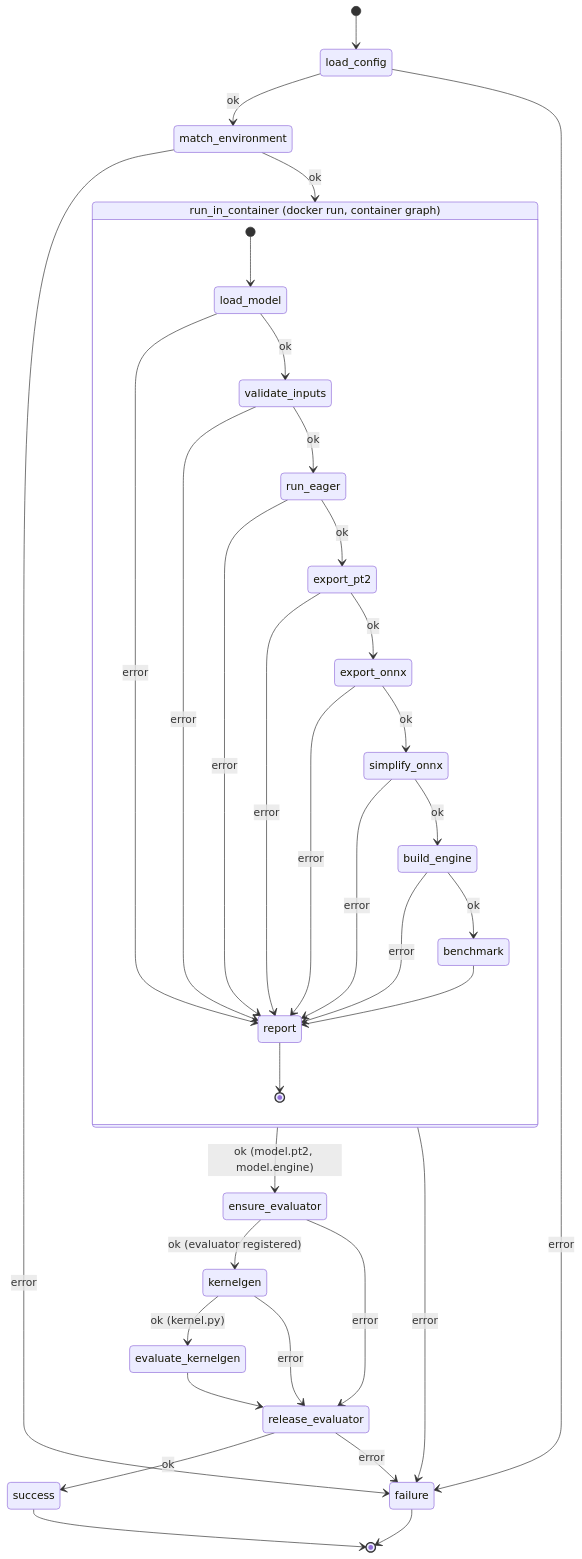
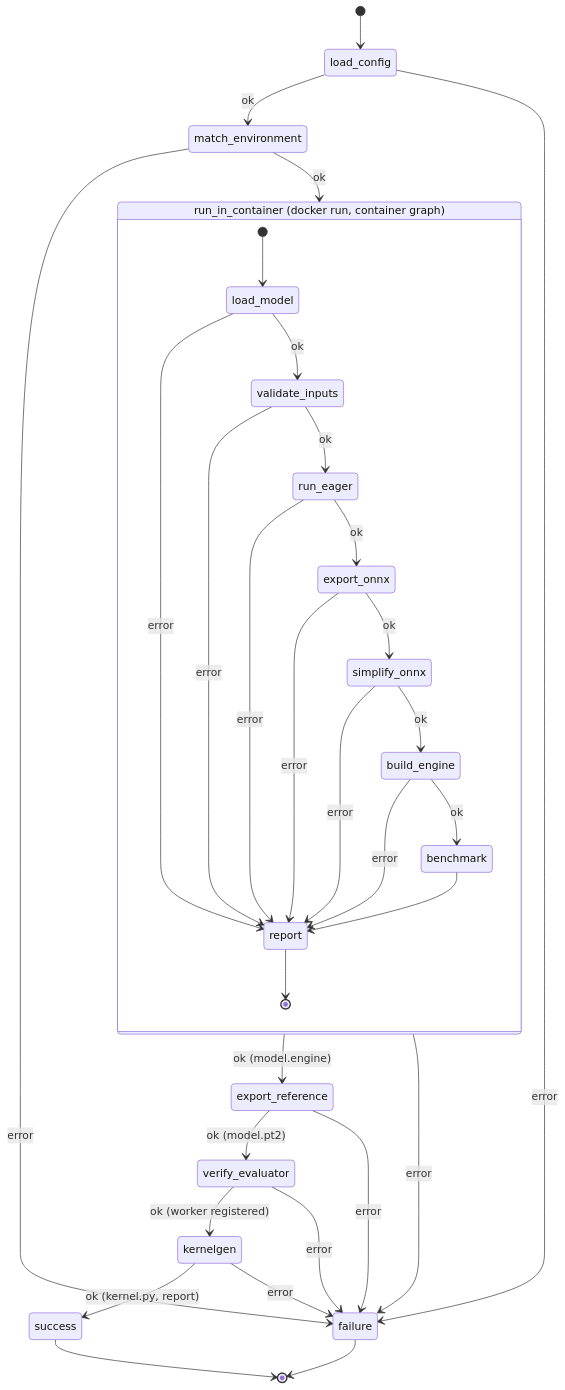
Before and after one commit to reza-rahimi-yasp/kronos-edge-v2: the diagram in architecture.md, drawn with Mermaid. The commit also changed other lines of this file and 27 other files, not shown here.

````diff
--- a/architecture.md
+++ b/architecture.md
@@ -19,39 +23,36 @@
 ```mermaid
 stateDiagram-v2
     [*] --> load_config
     load_config --> match_environment : ok
     load_config --> failure : error
     match_environment --> run_in_container : ok
     match_environment --> failure : error
-    run_in_container --> ensure_evaluator : ok (model.pt2, model.engine)
+    run_in_container --> export_reference : ok (model.engine)
     run_in_container --> failure : error
-    ensure_evaluator --> kernelgen : ok (evaluator registered)
-    ensure_evaluator --> release_evaluator : error
-    kernelgen --> evaluate_kernelgen : ok (kernel.py)
-    kernelgen --> release_evaluator : error
-    evaluate_kernelgen --> release_evaluator
-    release_evaluator --> success : ok
-    release_evaluator --> failure : error
+    export_reference --> verify_evaluator : ok (model.pt2)
+    export_reference --> failure : error
+    verify_evaluator --> kernelgen : ok (worker registered)
+    verify_evaluator --> failure : error
+    kernelgen --> success : ok (kernel.py, report)
+    kernelgen --> failure : error
     success --> [*]
     failure --> [*]
 
     state "run_in_container (docker run, container graph)" as run_in_container {
         [*] --> load_model
         load_model --> validate_inputs : ok
         load_model --> report : error
         validate_inputs --> run_eager : ok
         validate_inputs --> report : error
-        run_eager --> export_pt2 : ok
+        run_eager --> export_onnx : ok
         run_eager --> report : error
-        export_pt2 --> export_onnx : ok
-        export_pt2 --> report : error
         export_onnx --> simplify_onnx : ok
         export_onnx --> report : error
         simplify_onnx --> build_engine : ok
         simplify_onnx --> report : error
         build_engine --> benchmark : ok
         build_engine --> report : error
         benchmark --> report
         report --> [*]
     }
 ```
````
